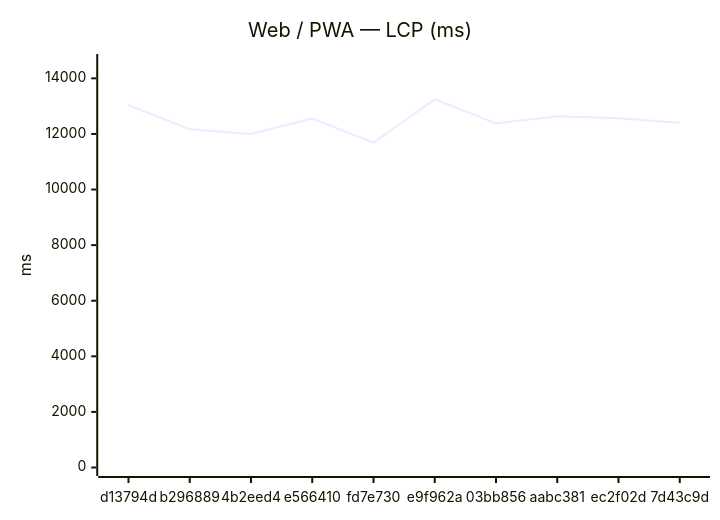
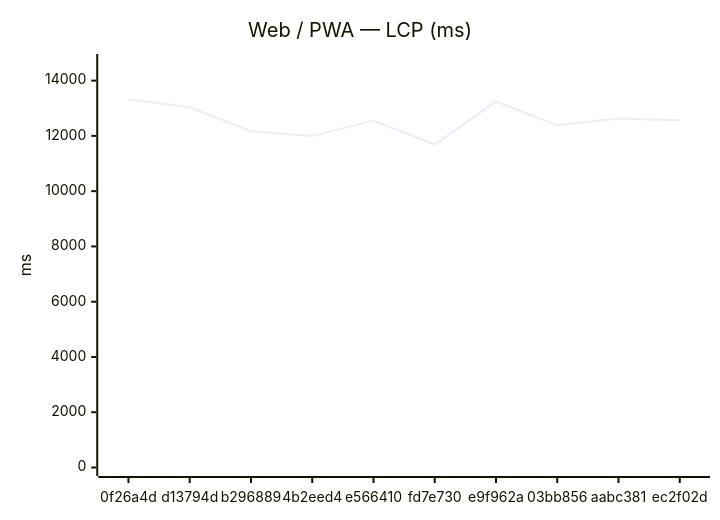
The first of 18 diagrams in benchmarks/compare.md (Metaheurist/Rianell), drawn with Mermaid before and after one commit. The commit also changed other lines of this file and 11 other files, not shown here.

````diff
--- a/benchmarks/compare.md
+++ b/benchmarks/compare.md
@@ -24,7 +24,7 @@
 ```mermaid
 xychart-beta
     title "Web / PWA — LCP (ms)"
-    x-axis ["d13794d", "b296889", "4b2eed4", "e566410", "fd7e730", "e9f962a", "03bb856", "aabc381", "ec2f02d", "7d43c9d"]
-    y-axis "ms" 0 --> 14570
-    line [13038, 12168, 11999, 12553, 11687, 13245, 12382, 12632, 12566, 12399]
+    x-axis ["0f26a4d", "d13794d", "b296889", "4b2eed4", "e566410", "fd7e730", "e9f962a", "03bb856", "aabc381", "ec2f02d"]
+    y-axis "ms" 0 --> 14656
+    line [13323, 13038, 12168, 11999, 12553, 11687, 13245, 12382, 12632, 12566]
 ```
````
